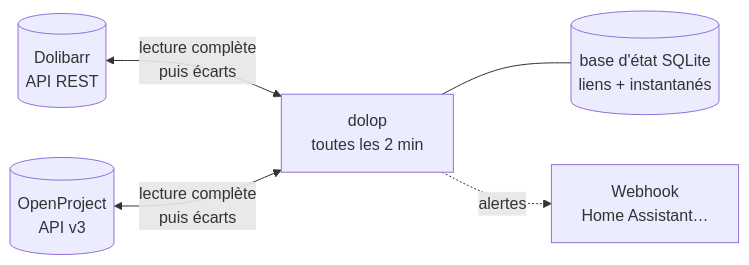
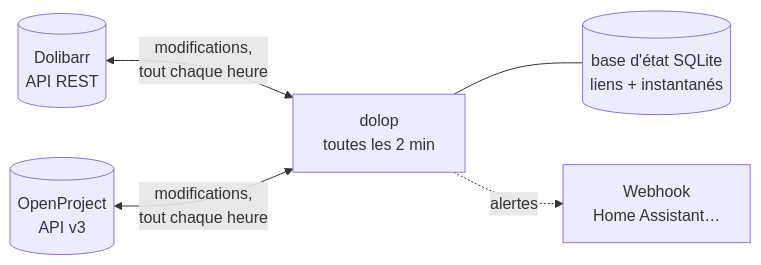
Before and after one commit to REWA54/sync-dolibarr-openproject: the diagram in README.md, drawn with Mermaid. The commit also changed other lines of this file and 17 other files, not shown here.

````diff
--- a/README.md
+++ b/README.md
@@ -56,7 +56,7 @@
 ```mermaid
 flowchart LR
-    D[(Dolibarr<br>API REST)] <-->|lecture complète<br>puis écarts| S
-    O[(OpenProject<br>API v3)] <-->|lecture complète<br>puis écarts| S
+    D[(Dolibarr<br>API REST)] <-->|modifications,<br>tout chaque heure| S
+    O[(OpenProject<br>API v3)] <-->|modifications,<br>tout chaque heure| S
     S[dolop<br>toutes les 2 min] --- E[(base d'état SQLite<br>liens + instantanés)]
     S -.->|alertes| W[Webhook<br>Home Assistant…]
 ```
````
